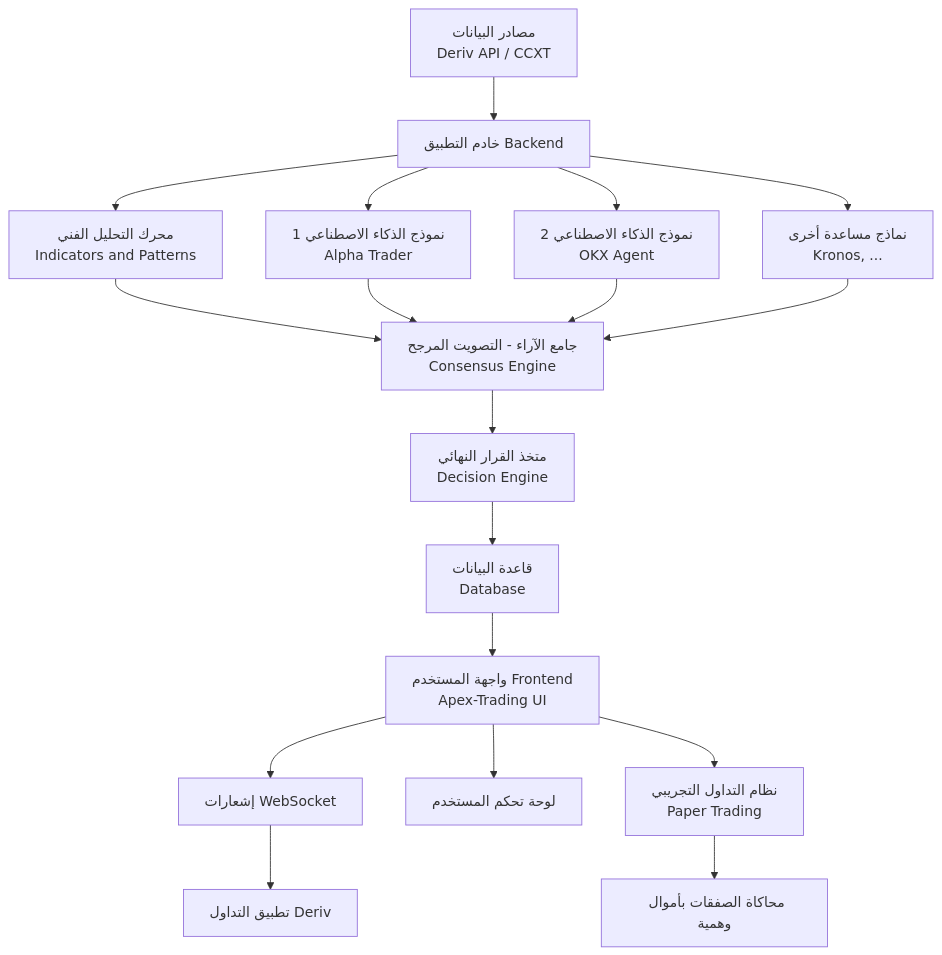
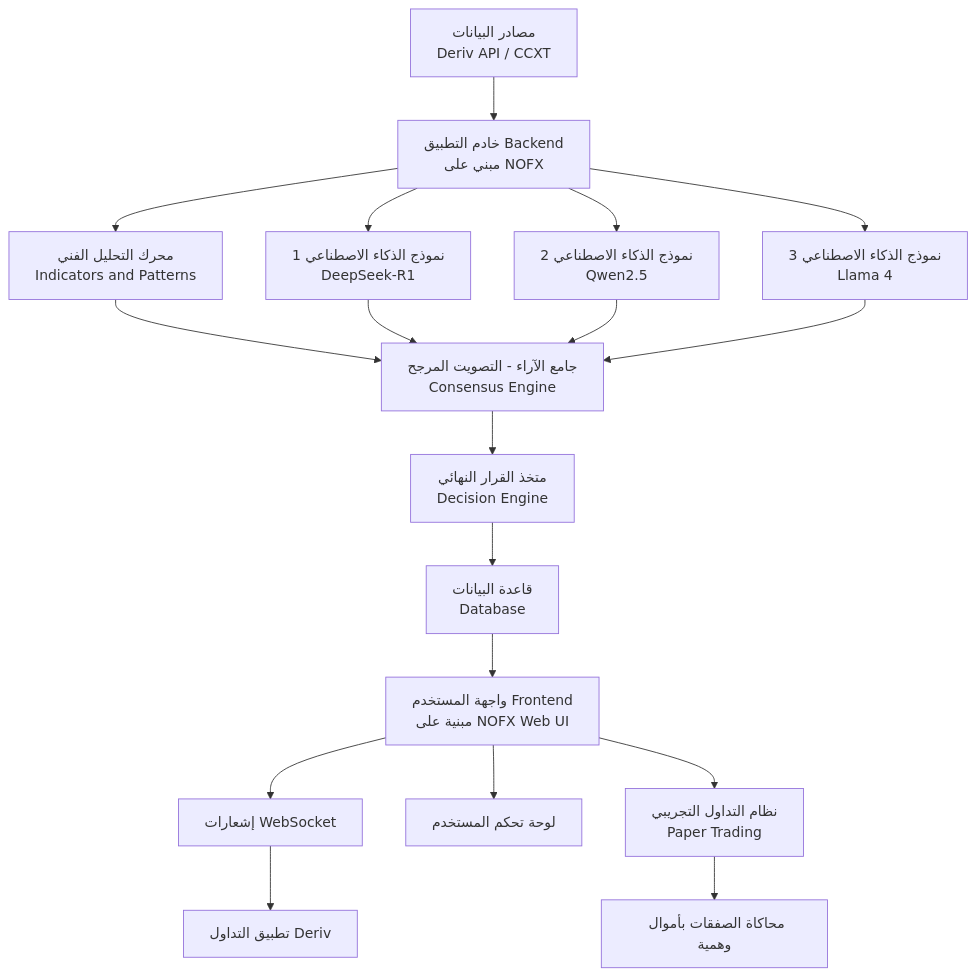
One commit to saud552/KhayaL-Al-Trade changed the first of 3 diagrams in README.md. Above: the diagram before and after it, drawn with Mermaid. The commit also changed other lines of this file, not shown here.

````diff
--- a/README.md
+++ b/README.md
@@ -64,20 +59,20 @@
 ```mermaid
 graph TD
-    A[مصادر البيانات<br>Deriv API / CCXT] --> B[خادم التطبيق Backend]
+    A[مصادر البيانات<br>Deriv API / CCXT] --> B[خادم التطبيق Backend<br>مبني على NOFX]
     B --> C[محرك التحليل الفني<br>Indicators and Patterns]
-    B --> D[نموذج الذكاء الاصطناعي 1<br>Alpha Trader]
-    B --> E[نموذج الذكاء الاصطناعي 2<br>OKX Agent]
-    B --> F[نماذج مساعدة أخرى<br>Kronos, ...]
+    B --> D[نموذج الذكاء الاصطناعي 1<br>DeepSeek-R1]
+    B --> E[نموذج الذكاء الاصطناعي 2<br>Qwen2.5]
+    B --> F[نموذج الذكاء الاصطناعي 3<br>Llama 4]
     C --> G[جامع الآراء - التصويت المرجح<br>Consensus Engine]
     D --> G
     E --> G
     F --> G
     G --> H[متخذ القرار النهائي<br>Decision Engine]
     H --> I[قاعدة البيانات<br>Database]
-    I --> J[واجهة المستخدم Frontend<br>Apex-Trading UI]
+    I --> J[واجهة المستخدم Frontend<br>مبنية على NOFX Web UI]
     J --> K[إشعارات WebSocket]
     K --> L[تطبيق التداول Deriv]
     J --> M[لوحة تحكم المستخدم]
     J --> N[نظام التداول التجريبي<br>Paper Trading]
     N --> O[محاكاة الصفقات بأموال وهمية]
 ```
````
